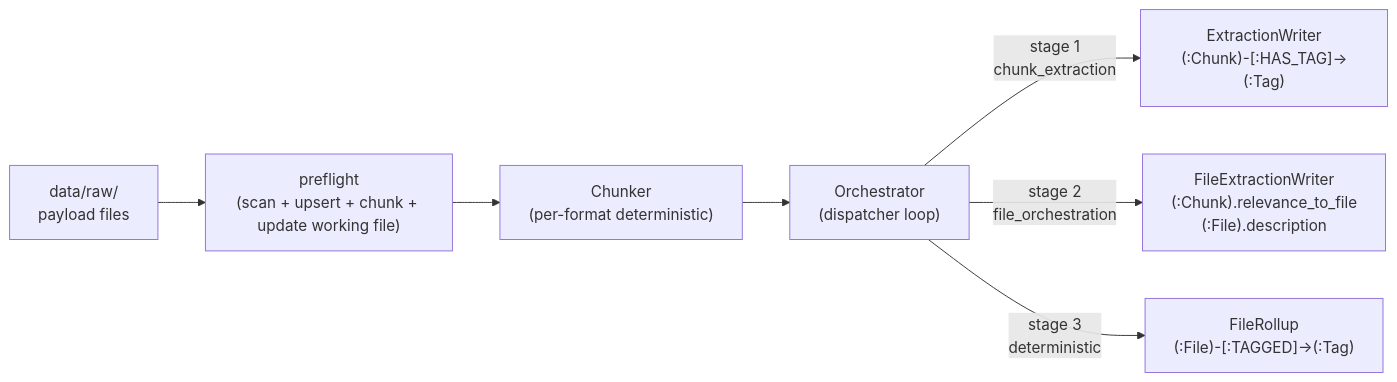
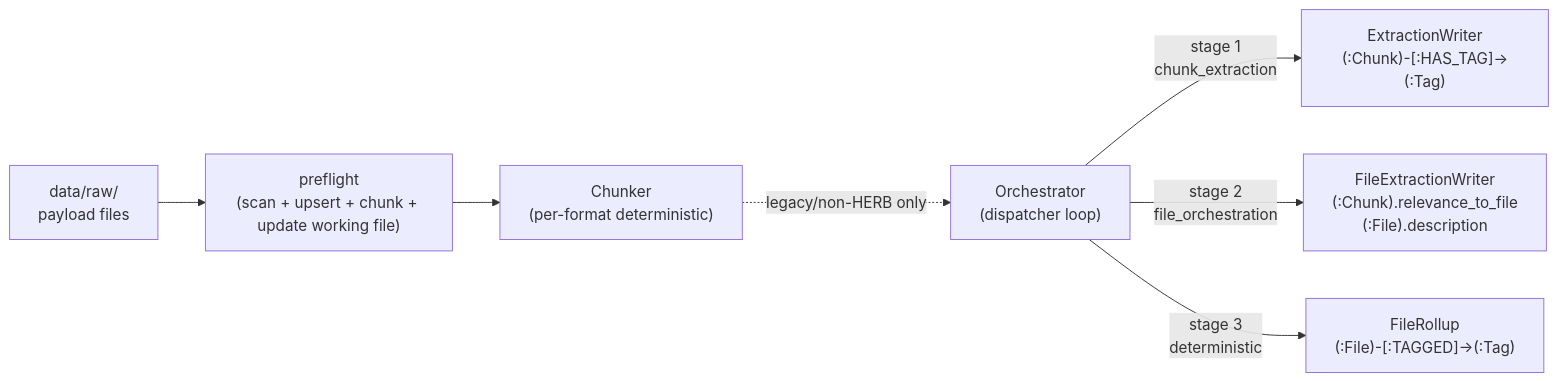
The diagram in backend/docs/agent_brief.md (Objuret/GRAG-Job), drawn with Mermaid before and after one commit. The commit also changed other lines of this file and 17 other files, not shown here.

````diff
--- a/backend/docs/agent_brief.md
+++ b/backend/docs/agent_brief.md
@@ -19,9 +19,9 @@
 ```mermaid
 flowchart LR
     raw["data/raw/<br/>payload files"] --> preflight["preflight<br/>(scan + upsert + chunk + update working file)"]
     preflight --> chunker["Chunker<br/>(per-format deterministic)"]
-    chunker --> orch["Orchestrator<br/>(dispatcher loop)"]
+    chunker -. "legacy/non-HERB only" .-> orch["Orchestrator<br/>(dispatcher loop)"]
     orch -- "stage 1<br/>chunk_extraction" --> ext["ExtractionWriter<br/>(:Chunk)-[:HAS_TAG]->(:Tag)"]
     orch -- "stage 2<br/>file_orchestration" --> fw["FileExtractionWriter<br/>(:Chunk).relevance_to_file<br/>(:File).description"]
     orch -- "stage 3<br/>deterministic" --> rollup["FileRollup<br/>(:File)-[:TAGGED]->(:Tag)"]
 ```
````
